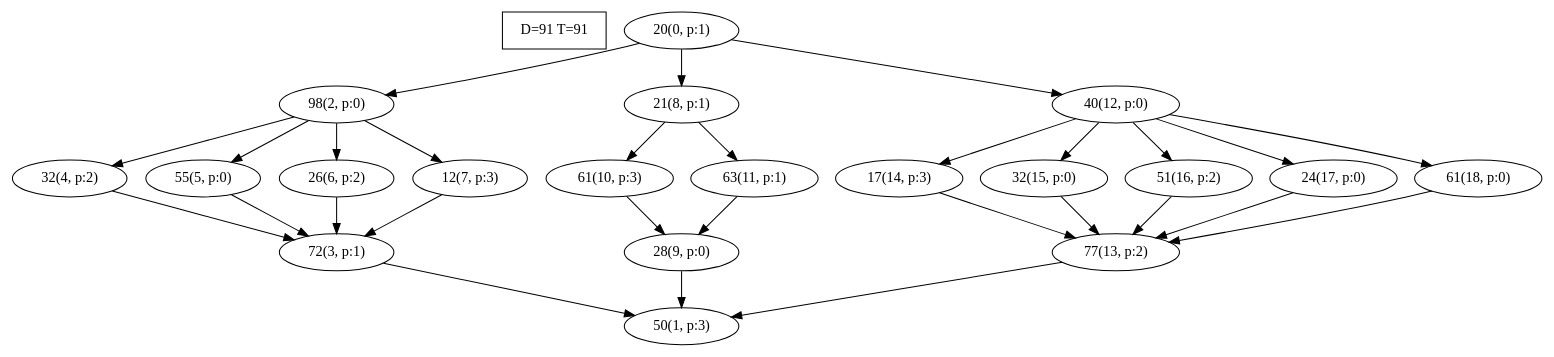
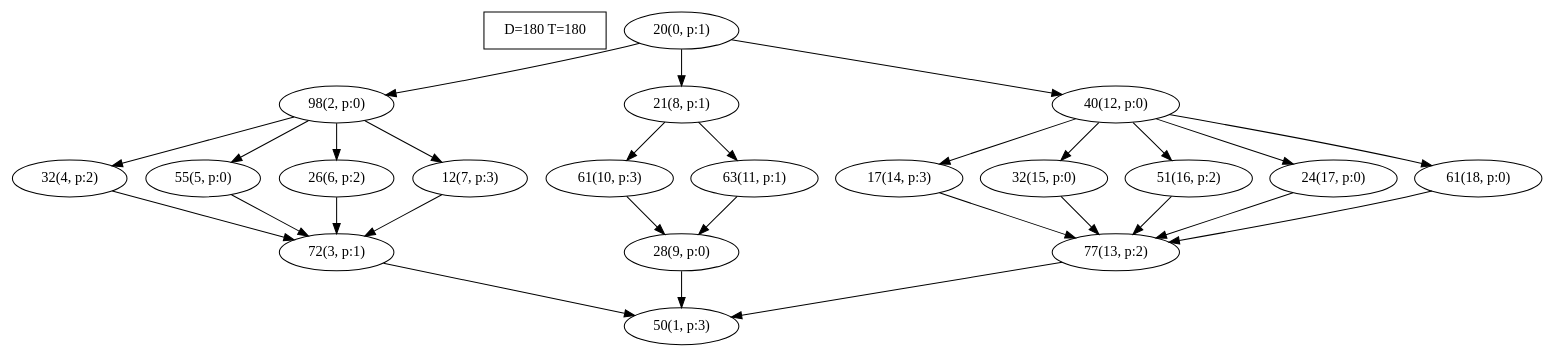
The diagram in res/generated_dags/taskset_90/task_0.dot (gzqx/global-dag-randomization), drawn with Graphviz before and after one commit. The commit also changed 119 other files, not shown here.

```diff
--- a/res/generated_dags/taskset_90/task_0.dot
+++ b/res/generated_dags/taskset_90/task_0.dot
@@ -1,50 +1,50 @@
 digraph Task {
-i [shape=box, label="D=91 T=91"]; 
+i [shape=box, label="D=180 T=180"]; 
 0 [label="20(0, p:1)"];
 1 [label="50(1, p:3)"];
 2 [label="98(2, p:0)"];
 3 [label="72(3, p:1)"];
 4 [label="32(4, p:2)"];
 5 [label="55(5, p:0)"];
 6 [label="26(6, p:2)"];
 7 [label="12(7, p:3)"];
 8 [label="21(8, p:1)"];
 9 [label="28(9, p:0)"];
 10 [label="61(10, p:3)"];
 11 [label="63(11, p:1)"];
 12 [label="40(12, p:0)"];
 13 [label="77(13, p:2)"];
 14 [label="17(14, p:3)"];
 15 [label="32(15, p:0)"];
 16 [label="51(16, p:2)"];
 17 [label="24(17, p:0)"];
 18 [label="61(18, p:0)"];
 0 -> 2;
 0 -> 8;
 0 -> 12;
 2 -> 4;
 2 -> 5;
 2 -> 6;
 2 -> 7;
 3 -> 1;
 4 -> 3;
 5 -> 3;
 6 -> 3;
 7 -> 3;
 8 -> 10;
 8 -> 11;
 9 -> 1;
 10 -> 9;
 11 -> 9;
 12 -> 14;
 12 -> 15;
 12 -> 16;
 12 -> 17;
 12 -> 18;
 13 -> 1;
 14 -> 13;
 15 -> 13;
 16 -> 13;
 17 -> 13;
 18 -> 13;
 }
```
